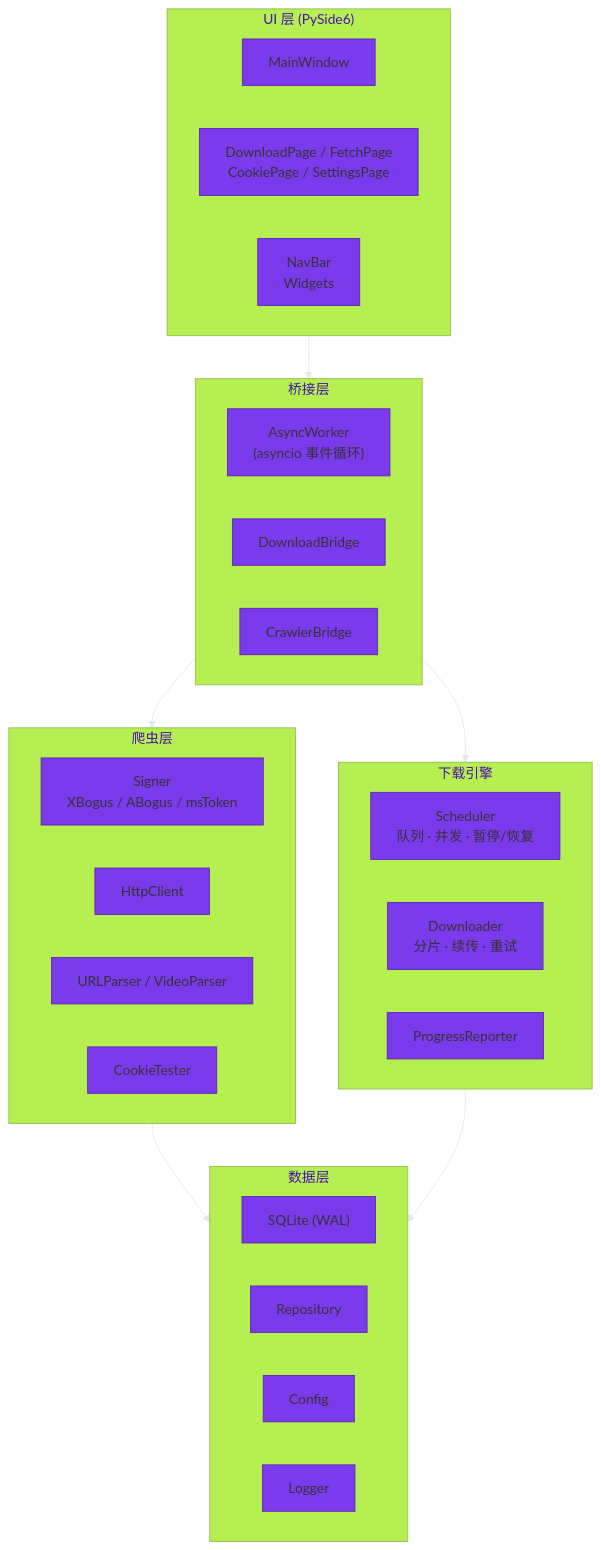
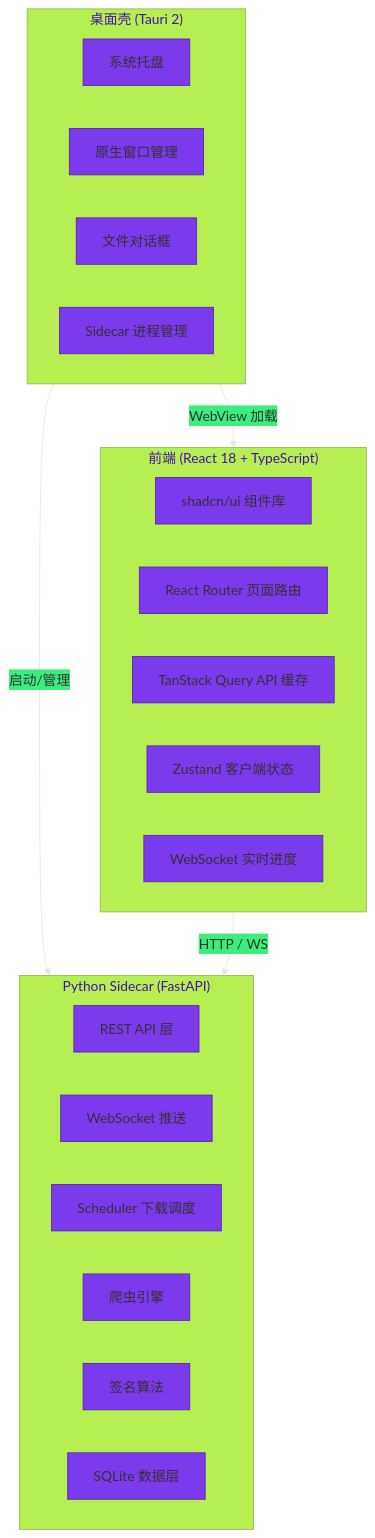
Before and after one commit to Cat-Drink/Douyin_Catcher: the diagram in README.md, drawn with Mermaid. The commit also changed other lines of this file and 14 other files, not shown here.

````diff
--- a/README.md
+++ b/README.md
@@ -287,49 +282,39 @@
 ```mermaid
 ---
 config:
   theme: base
   themeVariables:
     primaryColor: "#7C3AED"
     primaryBorderColor: "#5B21B6"
     lineColor: "#E5E7EB"
     textColor: "#374151"
 ---
 flowchart TB
-    subgraph UI["UI 层 (PySide6)"]
-        MW["MainWindow"]
-        PAGES["DownloadPage / FetchPage<br/>CookiePage / SettingsPage"]
-        NAV["NavBar<br/>Widgets"]
+    subgraph DESKTOP["桌面壳 (Tauri 2)"]
+        TRAY["系统托盘"]
+        WINDOW["原生窗口管理"]
+        DIALOG["文件对话框"]
+        SIDECAR["Sidecar 进程管理"]
     end
 
-    subgraph WORKER["桥接层"]
-        AW["AsyncWorker<br/>(asyncio 事件循环)"]
-        DB["DownloadBridge"]
-        CB["CrawlerBridge"]
+    subgraph FRONTEND["前端 (React 18 + TypeScript)"]
+        UI["shadcn/ui 组件库"]
+        ROUTER["React Router 页面路由"]
+        QUERY["TanStack Query API 缓存"]
+        STORE["Zustand 客户端状态"]
+        WS["WebSocket 实时进度"]
     end
 
-    subgraph CRAWLER["爬虫层"]
-        SIGNER["Signer<br/>XBogus / ABogus / msToken"]
-        HTTP["HttpClient"]
-        PARSER["URLParser / VideoParser"]
-        COOKIE_TEST["CookieTester"]
+    subgraph SIDECAR_PY["Python Sidecar (FastAPI)"]
+        REST["REST API 层"]
+        WS_API["WebSocket 推送"]
+        SCHED["Scheduler 下载调度"]
+        CRAWLER_PY["爬虫引擎"]
+        SIGNER["签名算法"]
+        DB["SQLite 数据层"]
     end
 
-    subgraph DL["下载引擎"]
-        SCHED["Scheduler<br/>队列 · 并发 · 暂停/恢复"]
-        DOWN["Downloader<br/>分片 · 续传 · 重试"]
-        PROGRESS["ProgressReporter"]
-    end
-
-    subgraph DATA["数据层"]
-        DB_CONN["SQLite (WAL)"]
-        REPOS["Repository"]
-        CONFIG["Config"]
-        LOGGER["Logger"]
-    end
-
-    UI --> WORKER
-    WORKER --> CRAWLER
-    WORKER --> DL
-    CRAWLER --> DATA
-    DL --> DATA
+    DESKTOP -->|启动/管理| SIDECAR_PY
+    FRONTEND -->|HTTP / WS| SIDECAR_PY
+    DESKTOP -->|WebView 加载| FRONTEND
 ```
````
